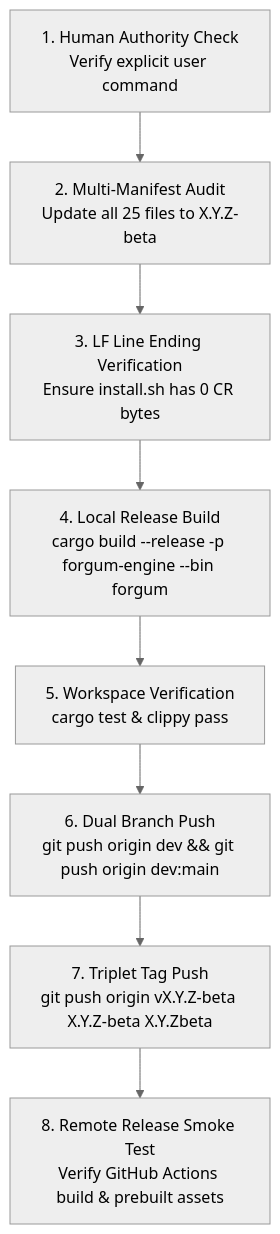
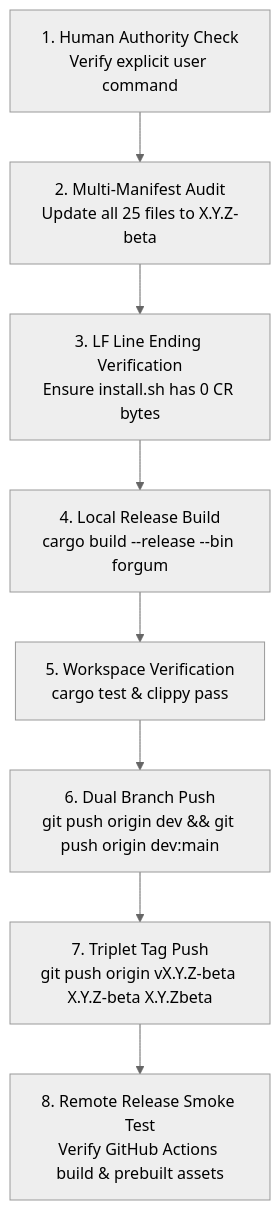
Before and after one commit to HKDevLoops/Forgum: the diagram in docs/RELEASE_AND_UPGRADE_AUDIT_MAP.md, drawn with Mermaid (neutral theme). The commit also changed other lines of this file and 1 other file, not shown here.

Commit message:
fix(docs): conform build commands in audit map to unified keyword mandate and expand gitignore exclusions

````diff
--- a/docs/RELEASE_AND_UPGRADE_AUDIT_MAP.md
+++ b/docs/RELEASE_AND_UPGRADE_AUDIT_MAP.md
@@ -107,10 +107,10 @@
 ```mermaid
 flowchart TD
     S1["1. Human Authority Check<br/>Verify explicit user command"] --> S2["2. Multi-Manifest Audit<br/>Update all 25 files to X.Y.Z-beta"]
     S2 --> S3["3. LF Line Ending Verification<br/>Ensure install.sh has 0 CR bytes"]
-    S3 --> S4["4. Local Release Build<br/>cargo build --release -p forgum-engine --bin forgum"]
+    S3 --> S4["4. Local Release Build<br/>cargo build --release --bin forgum"]
     S4 --> S5["5. Workspace Verification<br/>cargo test & clippy pass"]
     S5 --> S6["6. Dual Branch Push<br/>git push origin dev && git push origin dev:main"]
     S6 --> S7["7. Triplet Tag Push<br/>git push origin vX.Y.Z-beta X.Y.Z-beta X.Y.Zbeta"]
     S7 --> S8["8. Remote Release Smoke Test<br/>Verify GitHub Actions build & prebuilt assets"]
 ```
````
